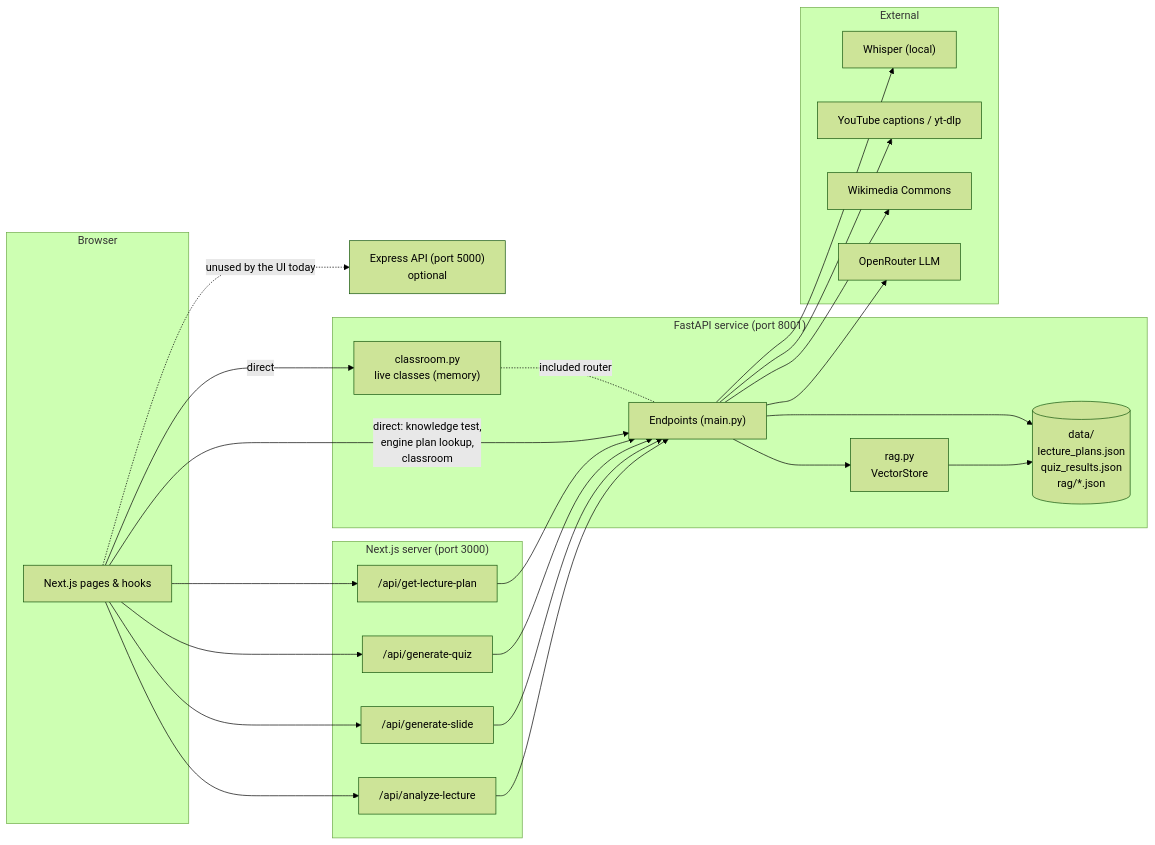
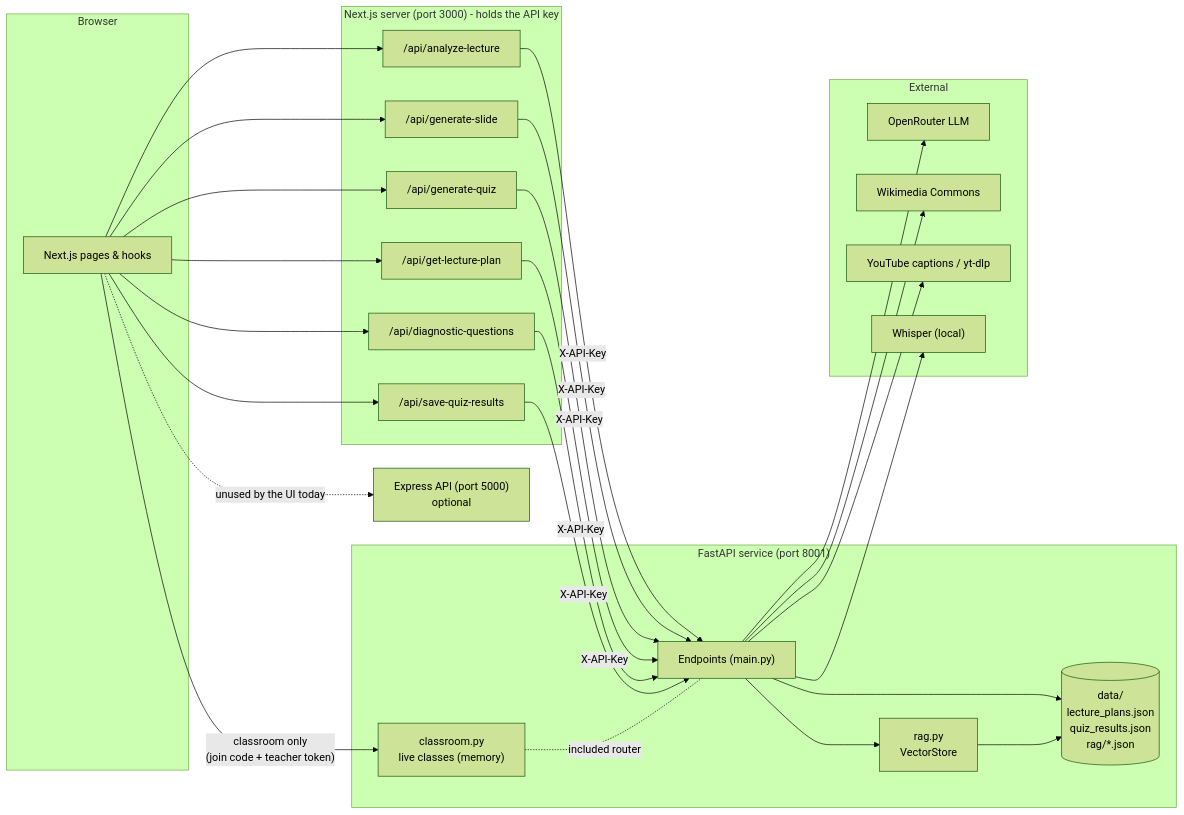
Before and after one commit to Aryan-Ghadekar/3D-Tutor-MoodMatrix: the first of 4 diagrams in backend/docs/architecture.md, drawn with Mermaid (forest theme). The commit also changed other lines of this file and 57 other files, not shown here.

````diff
--- a/backend/docs/architecture.md
+++ b/backend/docs/architecture.md
@@ -5,39 +5,40 @@
 ```mermaid
 flowchart LR
     subgraph Browser
         UI[Next.js pages & hooks]
     end
-    subgraph Next["Next.js server (port 3000)"]
+    subgraph Next["Next.js server (port 3000) - holds the API key"]
         R1["/api/analyze-lecture"]
         R2["/api/generate-slide"]
         R3["/api/generate-quiz"]
         R4["/api/get-lecture-plan"]
+        R5["/api/diagnostic-questions"]
+        R6["/api/save-quiz-results"]
     end
     subgraph FastAPI["FastAPI service (port 8001)"]
         EP["Endpoints (main.py)"]
         CL["classroom.py<br/>live classes (memory)"]
         RAG["rag.py<br/>VectorStore"]
         FS[("data/<br/>lecture_plans.json<br/>quiz_results.json<br/>rag/*.json")]
     end
     subgraph External
         OR[OpenRouter LLM]
         WM[Wikimedia Commons]
         YT[YouTube captions / yt-dlp]
         WH["Whisper (local)"]
     end
     EXP["Express API (port 5000)<br/>optional"]
 
-    UI --> R1 & R2 & R3 & R4
-    UI -- "direct: knowledge test,<br/>engine plan lookup,<br/>classroom" --> EP
-    UI -- direct --> CL
-    R1 & R2 & R3 & R4 --> EP
+    UI --> R1 & R2 & R3 & R4 & R5 & R6
+    UI -- "classroom only<br/>(join code + teacher token)" --> CL
+    R1 & R2 & R3 & R4 & R5 & R6 -- "X-API-Key" --> EP
     EP --> RAG
     EP --> FS
     RAG --> FS
     EP --> OR
     EP --> WM
     EP --> YT
     EP --> WH
     CL -. included router .- EP
     UI -. unused by the UI today .-> EXP
 ```
````
